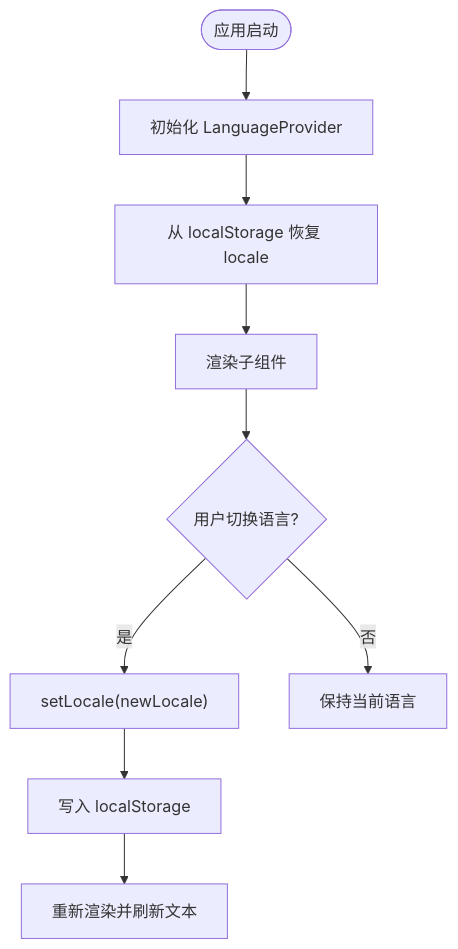
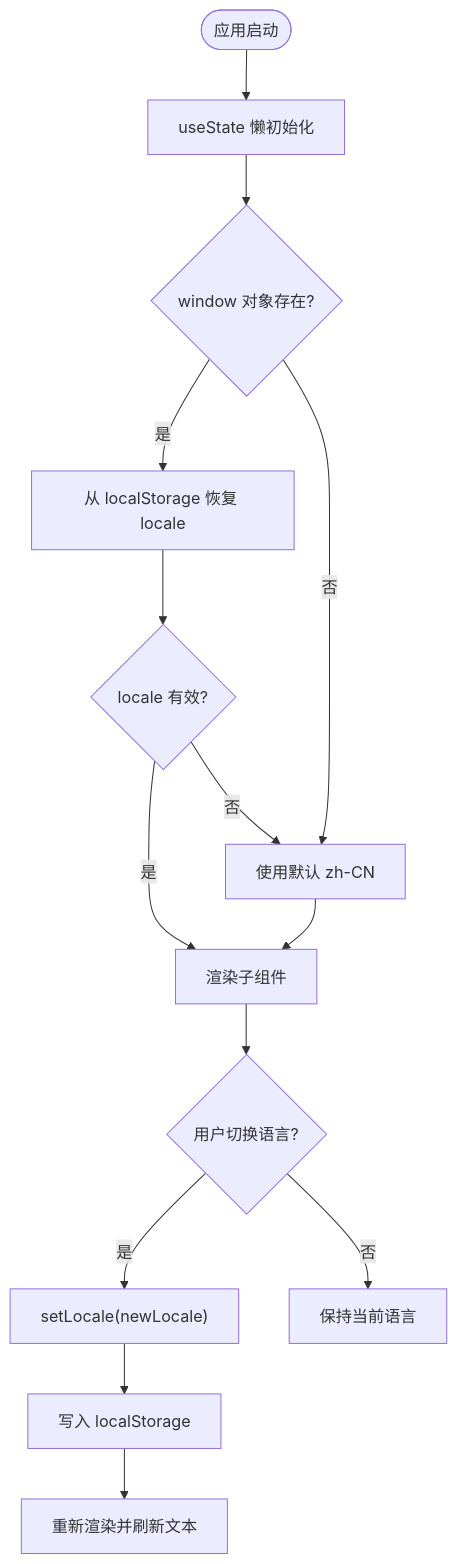
The fifth of 9 diagrams in .qoder/repowiki/zh/content/前端架构/前端架构.md (cccd123/macau-mystery), drawn with Mermaid before and after one commit. The commit also changed other lines of this file and 43 other files, not shown here.

````diff
--- a/.qoder/repowiki/zh/content/前端架构/前端架构.md
+++ b/.qoder/repowiki/zh/content/前端架构/前端架构.md
@@ -230,11 +248,16 @@
 ```mermaid
 flowchart TD
-Start(["应用启动"]) --> Init["初始化 LanguageProvider"]
-Init --> Restore["从 localStorage 恢复 locale"]
-Restore --> Render["渲染子组件"]
+Start(["应用启动"]) --> Init["useState 懒初始化"]
+Init --> CheckWindow{"window 对象存在?"}
+CheckWindow --> |是| Restore["从 localStorage 恢复 locale"]
+CheckWindow --> |否| Default["使用默认 zh-CN"]
+Restore --> ValidLocale{"locale 有效?"}
+ValidLocale --> |是| Render["渲染子组件"]
+ValidLocale --> |否| Default
+Default --> Render
 Render --> UserAction{"用户切换语言?"}
 UserAction --> |是| SetLocale["setLocale(newLocale)"]
 SetLocale --> Persist["写入 localStorage"]
 Persist --> ReRender["重新渲染并刷新文本"]
 UserAction --> |否| Idle["保持当前语言"]
 ```
````
